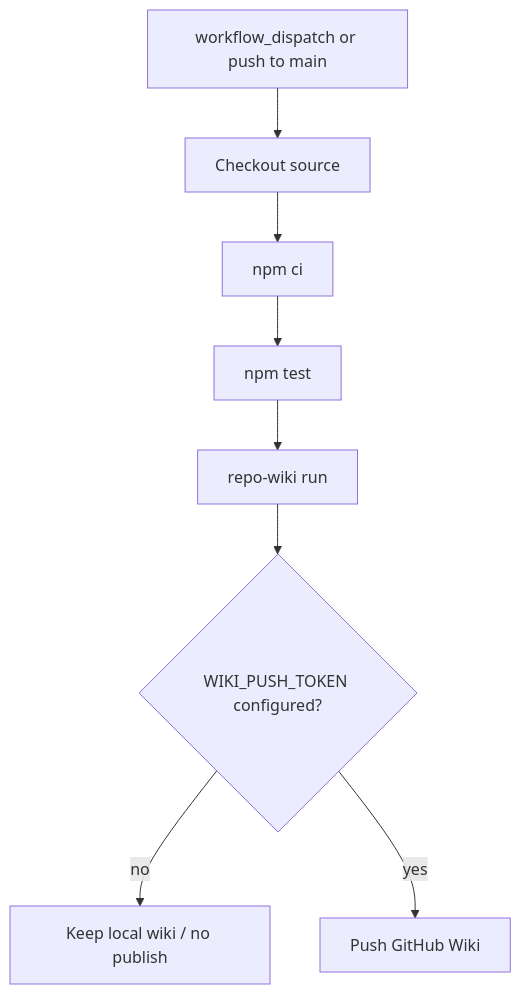
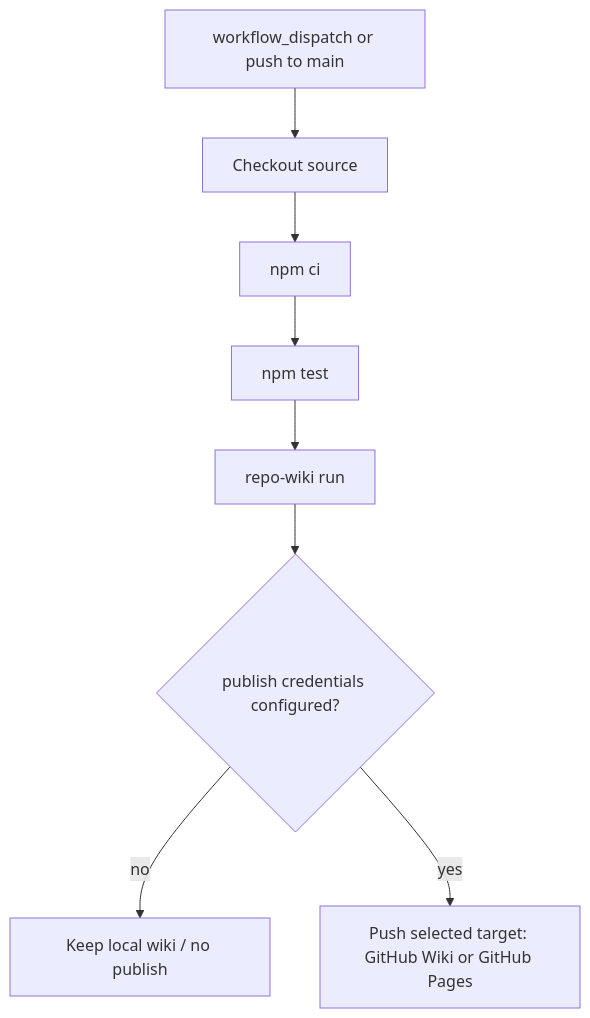
The tenth of 10 diagrams in docs/PLAN.md (mfittko/repo-wiki), drawn with Mermaid before and after one commit. The commit also changed other lines of this file, not shown here.

Commit message:
Update plan for publish targets and issue links

````diff
--- a/docs/PLAN.md
+++ b/docs/PLAN.md
@@ -536,10 +554,10 @@
 ```mermaid
 flowchart TD
   Trigger[workflow_dispatch or push to main] --> Checkout[Checkout source]
   Checkout --> Install[npm ci]
   Install --> Test[npm test]
   Test --> Wiki[repo-wiki run]
-  Wiki --> Policy{WIKI_PUSH_TOKEN configured?}
+  Wiki --> Policy{publish credentials configured?}
   Policy -->|no| Artifact[Keep local wiki / no publish]
-  Policy -->|yes| Publish[Push GitHub Wiki]
+  Policy -->|yes| Publish[Push selected target: GitHub Wiki or GitHub Pages]
 ```
````
